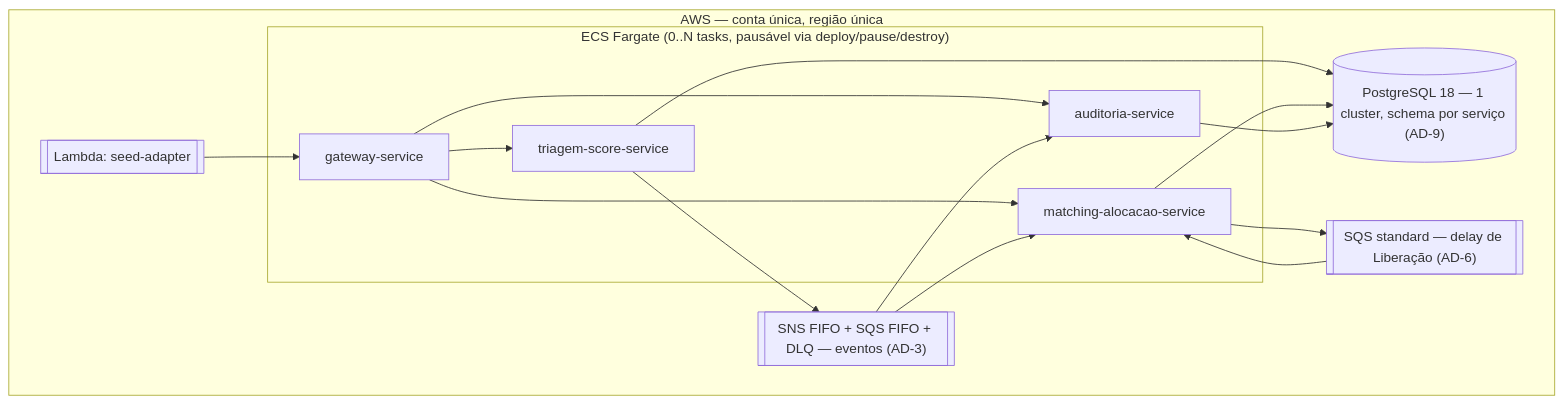
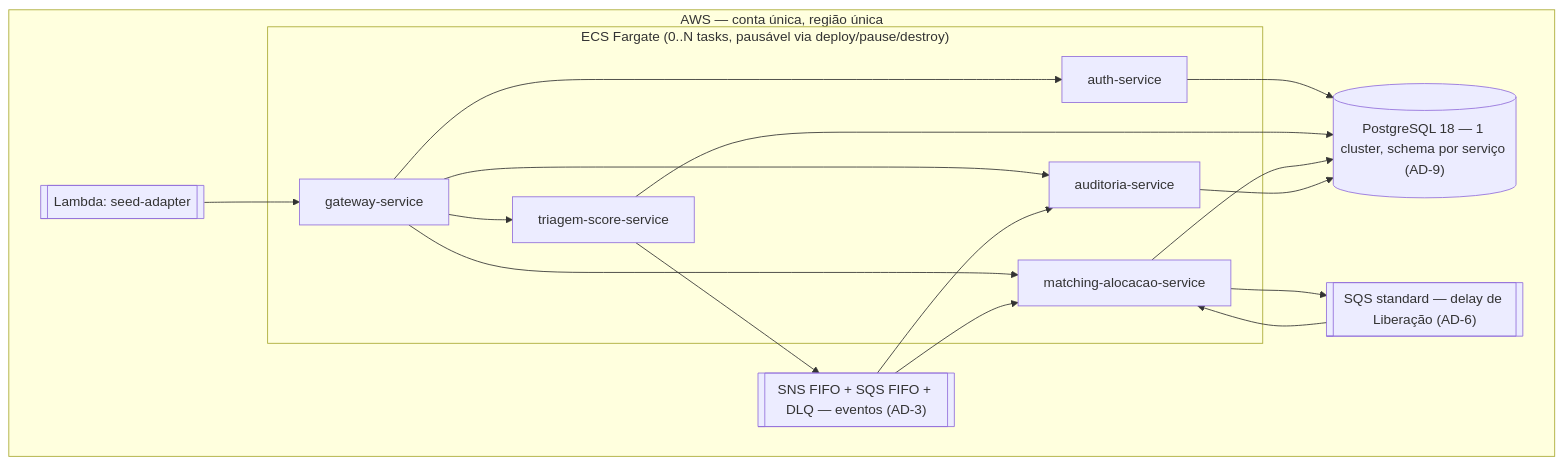
One commit to thiagohaf/adjt-fase5-fila-justa changed the first of 2 diagrams in _bmad-output/planning-artifacts/architecture/architecture-Fase5-2026-09-06/ARCHITECTURE-SPINE.md. Above: the diagram before and after it, drawn with Mermaid. The commit also changed other lines of this file and 5 other files, not shown here.

First line of the commit message:
fix: adicionar auth-service dedicado (AD-14) na arquitetura do FilaJusta

````diff
--- a/_bmad-output/planning-artifacts/architecture/architecture-Fase5-2026-09-06/ARCHITECTURE-SPINE.md
+++ b/_bmad-output/planning-artifacts/architecture/architecture-Fase5-2026-09-06/ARCHITECTURE-SPINE.md
@@ -140,27 +147,30 @@
 ```mermaid
 graph TB
   subgraph AWS["AWS — conta única, região única"]
     subgraph ECS["ECS Fargate (0..N tasks, pausável via deploy/pause/destroy)"]
       GWc[gateway-service]
+      AUTHc[auth-service]
       TSc[triagem-score-service]
       MAc[matching-alocacao-service]
       AUc[auditoria-service]
     end
     PG[("PostgreSQL 18 — 1 cluster, schema por serviço (AD-9)")]
     SNSQ[["SNS FIFO + SQS FIFO + DLQ — eventos (AD-3)"]]
     DELQ[["SQS standard — delay de Liberação (AD-6)"]]
     LM[["Lambda: seed-adapter"]]
   end
+  GWc --> AUTHc
   GWc --> TSc
   GWc --> MAc
   GWc --> AUc
+  AUTHc --> PG
   TSc --> PG
   MAc --> PG
   AUc --> PG
   TSc --> SNSQ
   SNSQ --> MAc
   SNSQ --> AUc
   MAc --> DELQ
   DELQ --> MAc
   LM --> GWc
 ```
````
